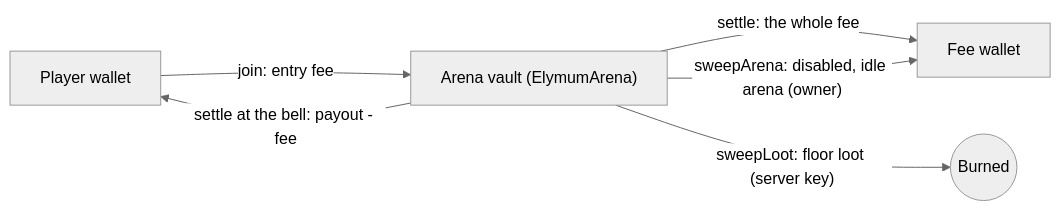
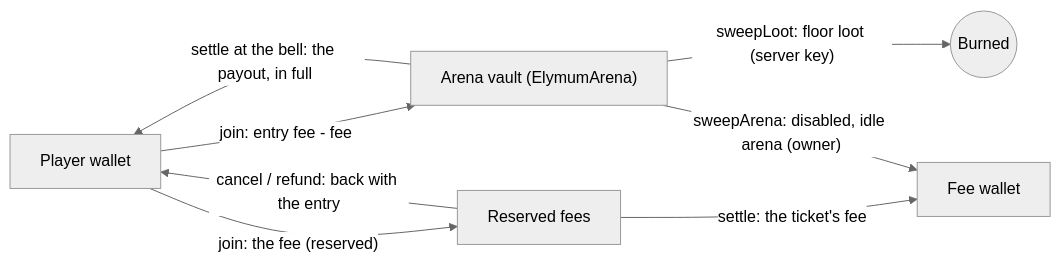
The diagram in docs/PROJECT.md (CoinnibalFun/Coinnibal), drawn with Mermaid (neutral theme) before and after one commit. The commit also changed other lines of this file and 4 other files, not shown here.

Commit message:
docs: fee on entry, the testnet migration to arena v2 and the leaderboard reset

````diff
--- a/docs/PROJECT.md
+++ b/docs/PROJECT.md
@@ -137,8 +138,10 @@
 ```mermaid
 flowchart LR
-  P["Player wallet"] -- "join: entry fee" --> V["Arena vault (ElymumArena)"]
-  V -- "settle at the bell: payout - fee" --> P
-  V -- "settle: the whole fee" --> F["Fee wallet"]
+  P["Player wallet"] -- "join: entry fee - fee" --> V["Arena vault (ElymumArena)"]
+  P -- "join: the fee (reserved)" --> R["Reserved fees"]
+  V -- "settle at the bell: the payout, in full" --> P
+  R -- "settle: the ticket's fee" --> F["Fee wallet"]
+  R -- "cancel / refund: back with the entry" --> P
   V -- "sweepLoot: floor loot (server key)" --> B(("Burned"))
   V -- "sweepArena: disabled, idle arena (owner)" --> F
 ```
````
